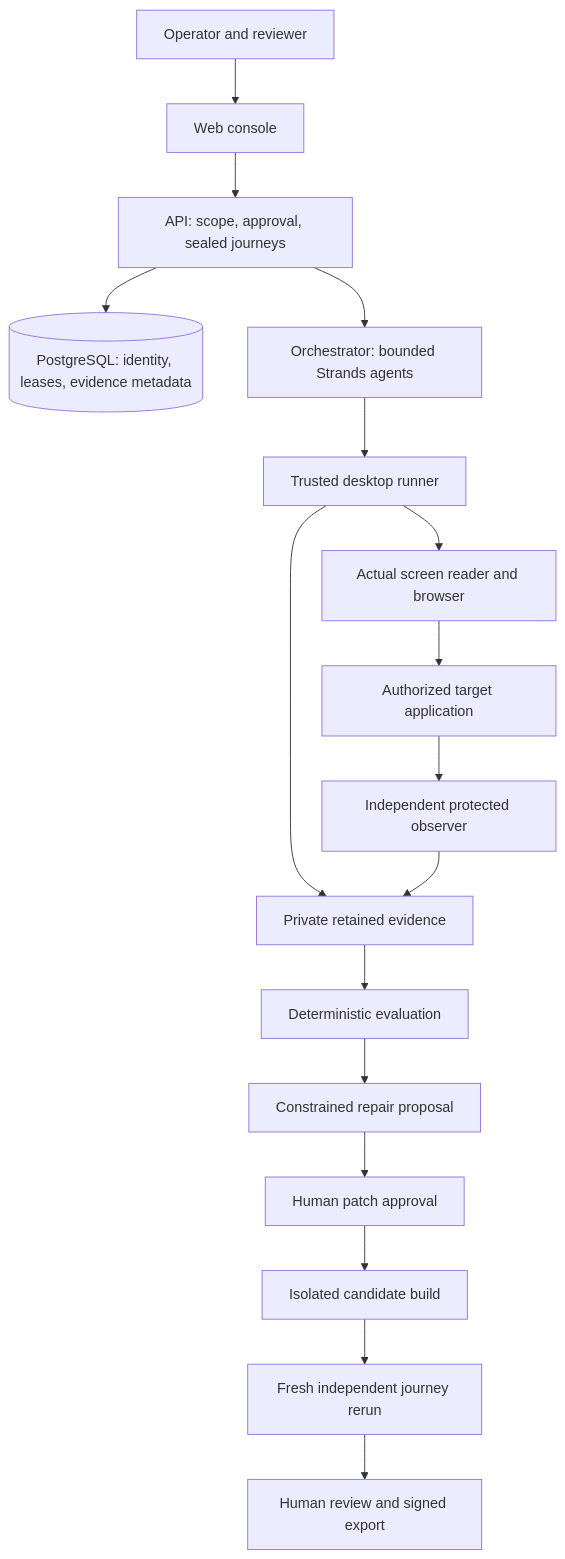
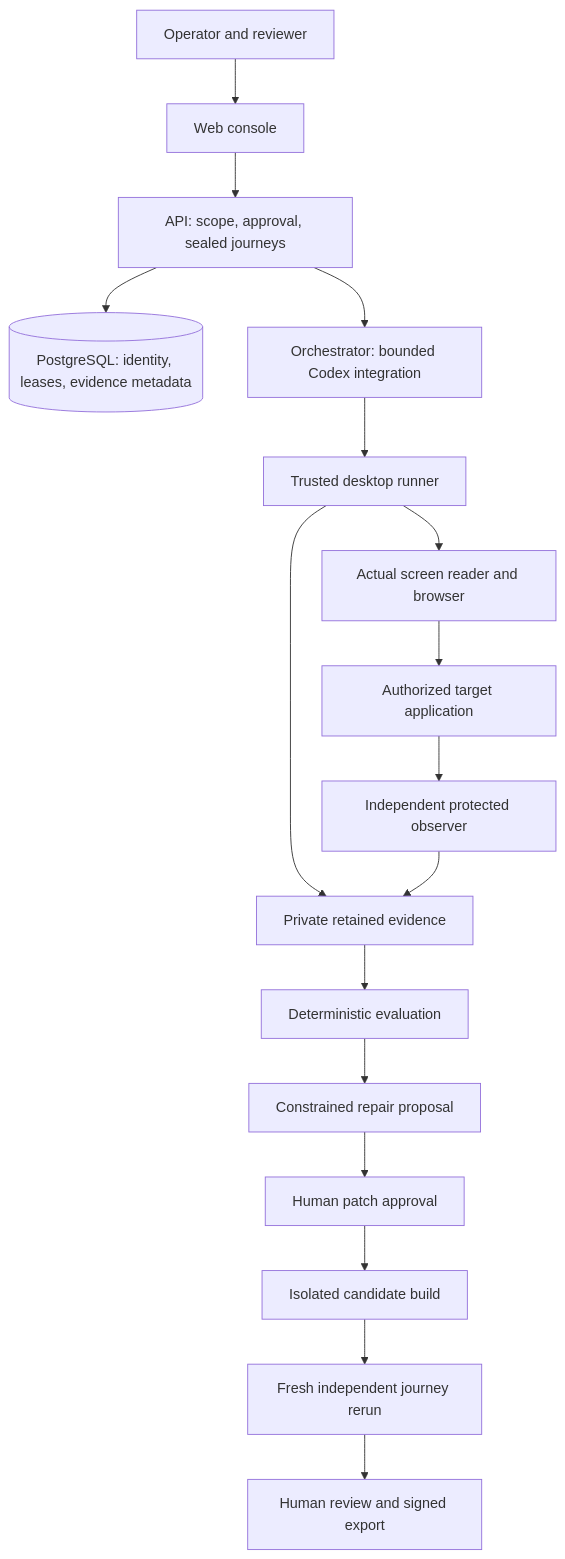
The diagram in README.md (gnanam1990/accessforge), drawn with Mermaid before and after one commit. The commit also changed other lines of this file and 13 other files, not shown here.

````diff
--- a/README.md
+++ b/README.md
@@ -34,19 +39,19 @@
 ```mermaid
 flowchart TD
     User[Operator and reviewer] --> Web[Web console]
     Web --> API[API: scope, approval, sealed journeys]
     API --> DB[(PostgreSQL: identity, leases, evidence metadata)]
-    API --> Orchestrator[Orchestrator: bounded Strands agents]
+    API --> Orchestrator[Orchestrator: bounded Codex integration]
     Orchestrator --> Runner[Trusted desktop runner]
     Runner --> AT[Actual screen reader and browser]
     AT --> Target[Authorized target application]
     Target --> Observer[Independent protected observer]
     Runner --> Evidence[Private retained evidence]
     Observer --> Evidence
     Evidence --> Evaluate[Deterministic evaluation]
     Evaluate --> Repair[Constrained repair proposal]
     Repair --> Approval[Human patch approval]
     Approval --> Build[Isolated candidate build]
     Build --> Rerun[Fresh independent journey rerun]
     Rerun --> Review[Human review and signed export]
 ```
````
